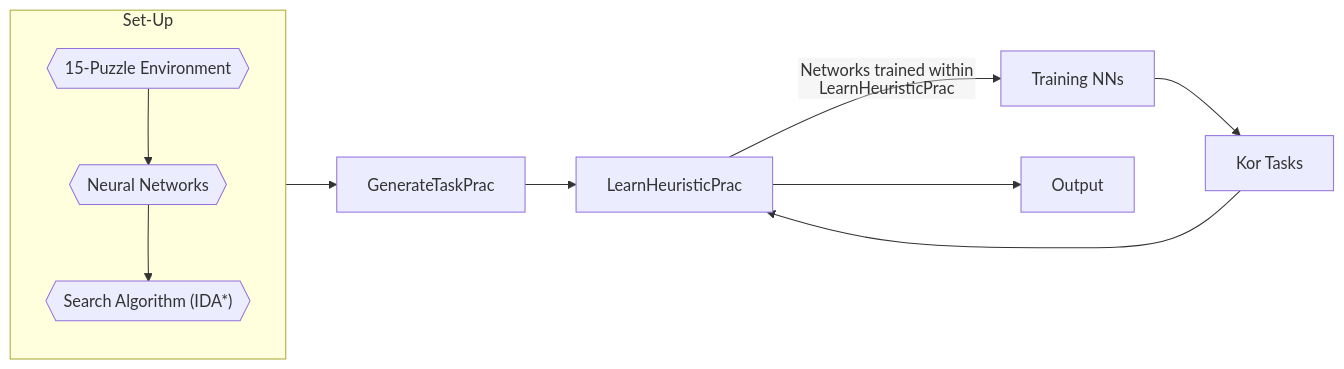
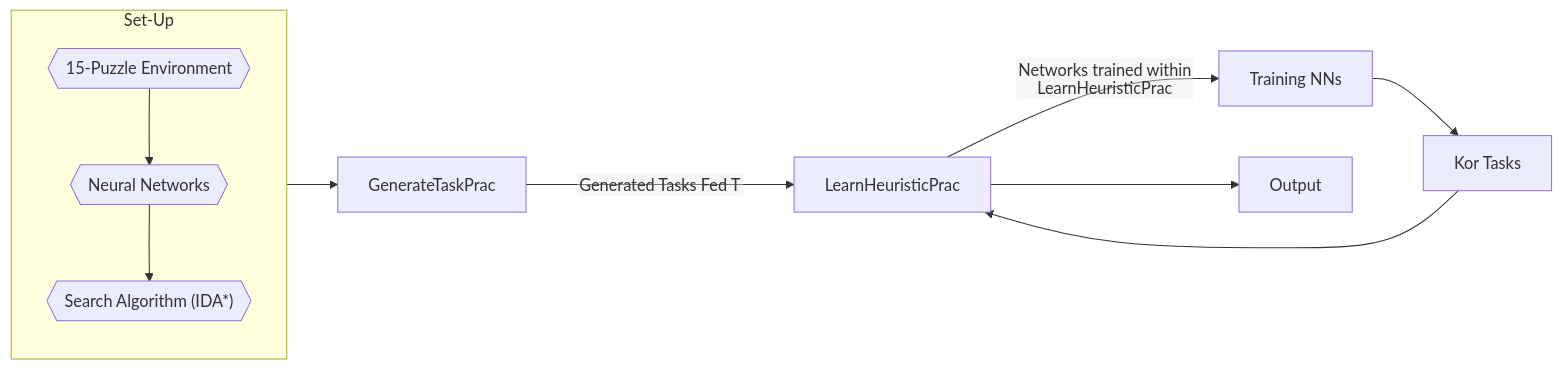
Before and after one commit to OShagHennessy/Reproducibility_Assignment: the diagram in README.md, drawn with Mermaid.

````diff
--- a/README.md
+++ b/README.md
@@ -10,15 +10,15 @@
 ```mermaid
 
 %%{init: {"flowchart": {"htmlLabels": false}} }%%
 flowchart LR
 Algorithm3[GenerateTaskPrac]
 Algorithm4[LearnHeuristicPrac]
 TrainingNNs[Training NNs]
 Kor_Tasks[Kor Tasks]
 Output[Output]
-Set-Up --> Algorithm3 --> Algorithm4 --Networks trained within LearnHeuristicPrac--> TrainingNNs --> Kor_Tasks --> Algorithm4 --> Output
+Set-Up --> Algorithm3 --Generated Tasks Fed To--> Algorithm4 --Networks trained within LearnHeuristicPrac--> TrainingNNs --> Kor_Tasks --> Algorithm4 --> Output
 subgraph "Set-Up"
   a{{"`15-Puzzle Environment`"}} --> b{{"`Neural Networks`"}} --> c{{"`Search Algorithm (IDA*)`"}}
 end
 
 ```
````
